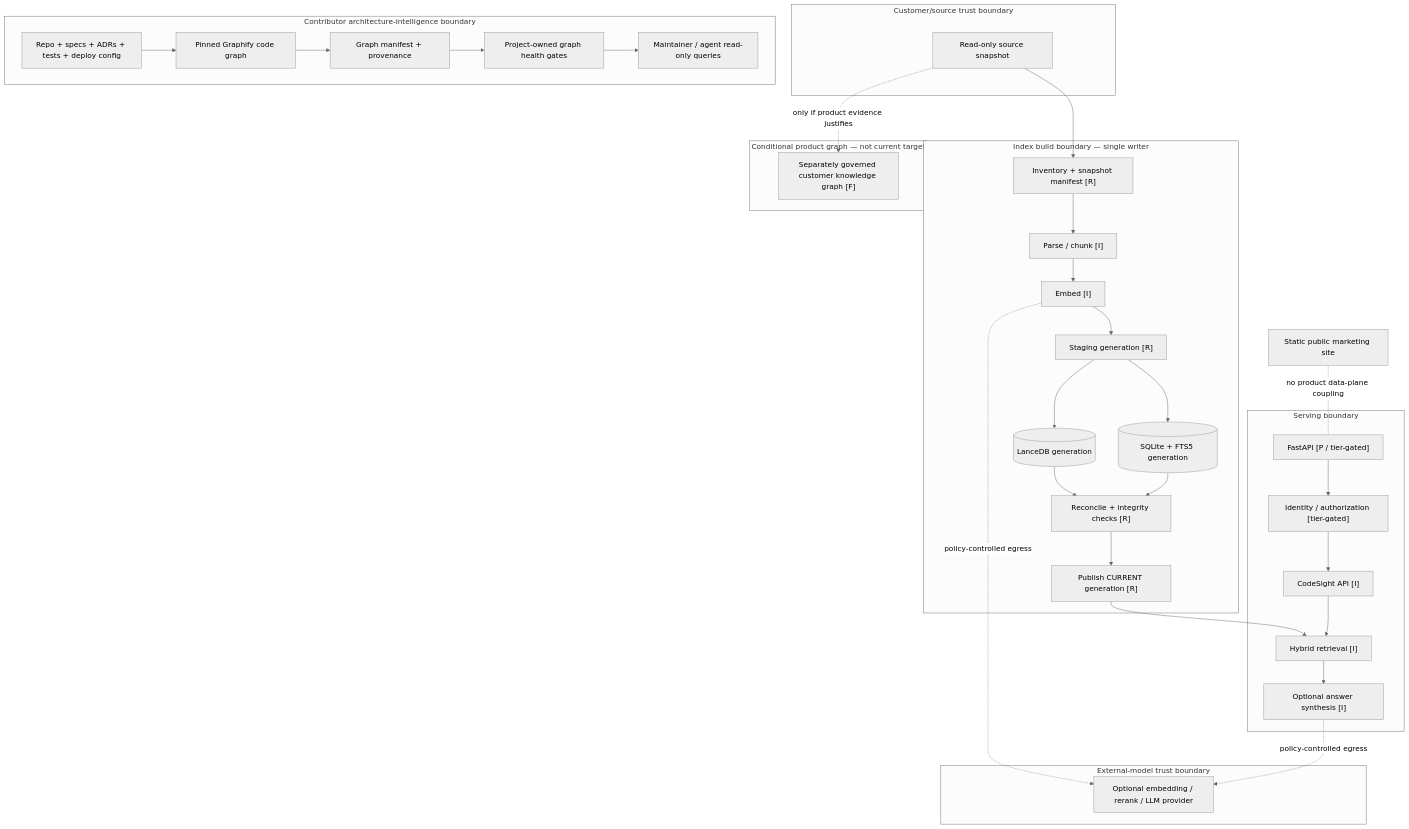
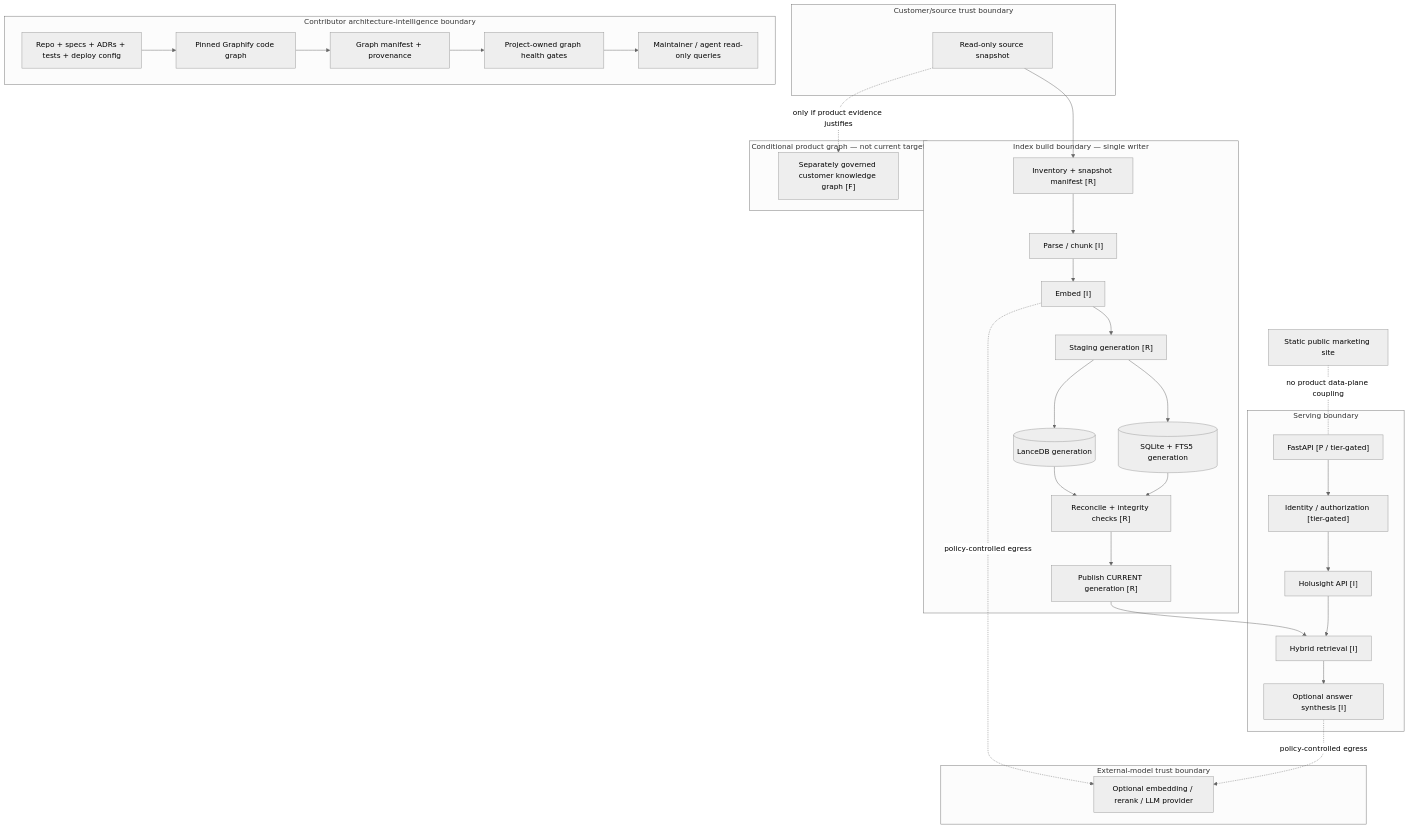
One commit to camilojourney/holusight changed the second of 4 diagrams in docs/research/gpt-deep-research/2026-08-14-holusight-infrastructure-graphify-architecture.md. Above: the diagram before and after it, drawn with Mermaid (neutral theme). The commit also changed other lines of this file and 203 other files, not shown here.

````diff
--- a/docs/research/gpt-deep-research/2026-08-14-holusight-infrastructure-graphify-architecture.md
+++ b/docs/research/gpt-deep-research/2026-08-14-holusight-infrastructure-graphify-architecture.md
@@ -175,60 +175,60 @@
 ```mermaid
 flowchart TB
     subgraph TRUSTSRC["Customer/source trust boundary"]
         SRC["Read-only source snapshot"]
     end
 
     subgraph BUILD["Index build boundary — single writer"]
         INV["Inventory + snapshot manifest [R]"]
         PARSE["Parse / chunk [I]"]
         EMB["Embed [I]"]
         STAGE["Staging generation [R]"]
         L[("LanceDB generation")]
         S[("SQLite + FTS5 generation")]
         CHECK["Reconcile + integrity checks [R]"]
         PUB["Publish CURRENT generation [R]"]
     end
 
     SRC --> INV --> PARSE --> EMB --> STAGE
     STAGE --> L
     STAGE --> S
     L --> CHECK
     S --> CHECK
     CHECK --> PUB
 
     subgraph SERVE["Serving boundary"]
-        API["CodeSight API [I]"]
+        API["Holusight API [I]"]
         HTTP["FastAPI [P / tier-gated]"]
         SEARCH["Hybrid retrieval [I]"]
         ANSWER["Optional answer synthesis [I]"]
         AUTH["Identity / authorization [tier-gated]"]
     end
 
     PUB --> SEARCH
     HTTP --> AUTH --> API
     API --> SEARCH --> ANSWER
 
     subgraph EGRESS["External-model trust boundary"]
         EXT["Optional embedding / rerank / LLM provider"]
     end
     EMB -. "policy-controlled egress" .-> EXT
     ANSWER -. "policy-controlled egress" .-> EXT
 
     subgraph ARCH["Contributor architecture-intelligence boundary"]
         GINPUT["Repo + specs + ADRs + tests + deploy config"]
         GRAPHIFY["Pinned Graphify code graph"]
         GMAN["Graph manifest + provenance"]
         GATE["Project-owned graph health gates"]
         GQUERY["Maintainer / agent read-only queries"]
     end
 
     GINPUT --> GRAPHIFY --> GMAN --> GATE --> GQUERY
 
     subgraph FUTURE["Conditional product graph — not current target"]
         PKG["Separately governed customer knowledge graph [F]"]
     end
     SRC -. "only if product evidence justifies" .-> PKG
 
     SITE["Static public marketing site"]
     SITE -. "no product data-plane coupling" .- HTTP
 ```
````
